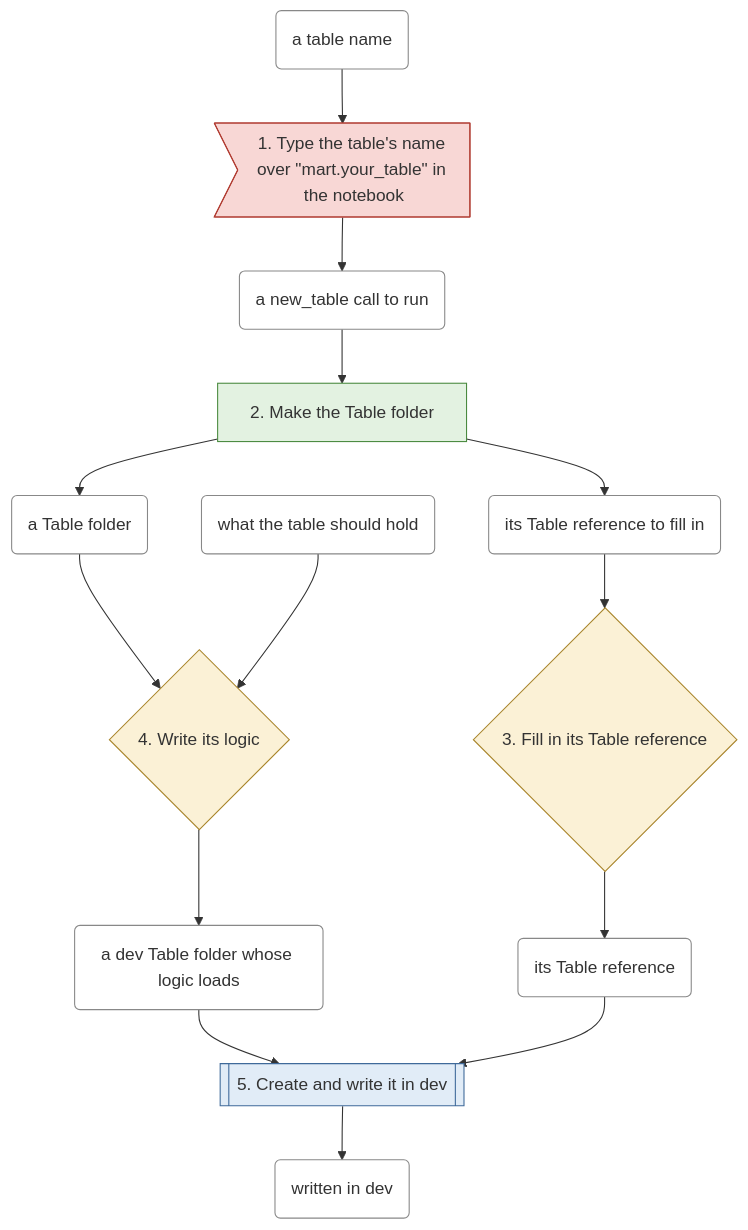
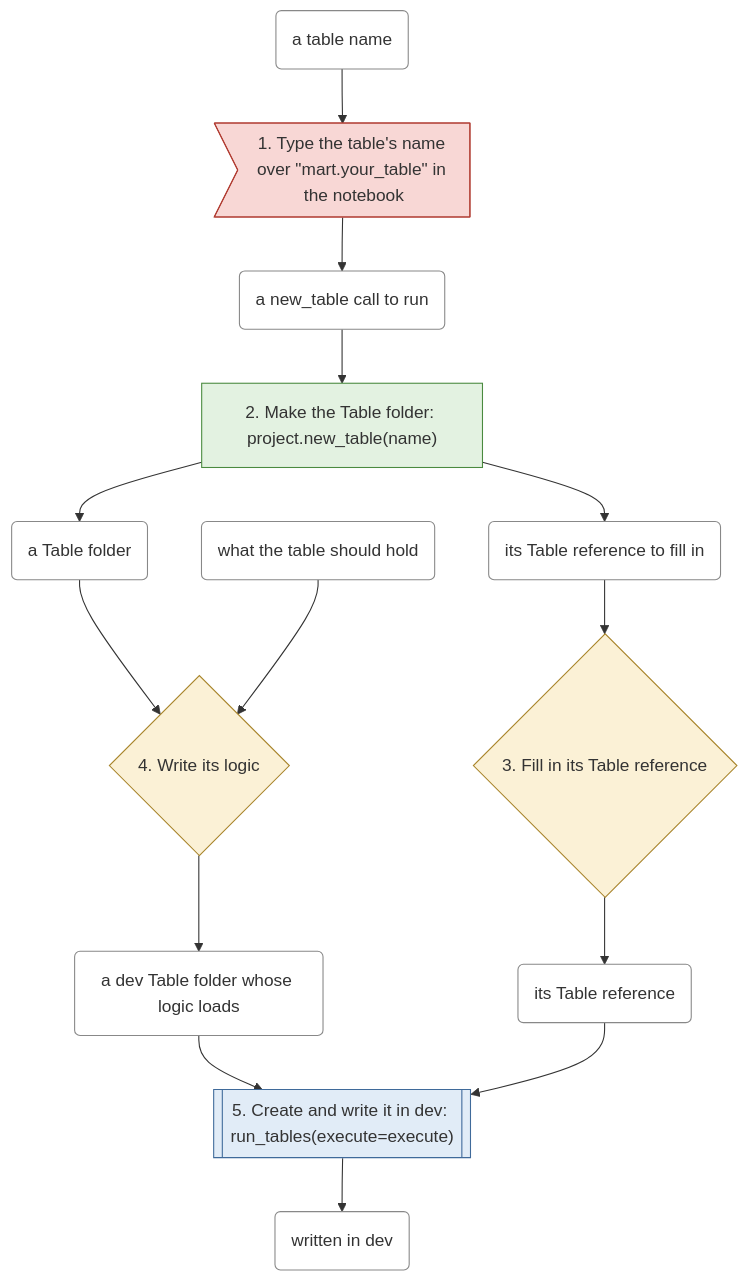
The third of 6 diagrams in docs/workflows.md (EdgyPage/SQL-Composer), drawn with Mermaid before and after one commit. The commit also changed other lines of this file and 8 other files, not shown here.

````diff
--- a/docs/workflows.md
+++ b/docs/workflows.md
@@ -191,47 +220,47 @@
 ```mermaid
 flowchart TD
     s0>"1. Type the table's name over #quot;mart.your_table#quot; in the notebook"]
     class s0 fiddling
     t0 --> s0
     s0 --> t1
-    s1["2. Make the Table folder"]
+    s1["2. Make the Table folder: project.new_table(name)"]
     class s1 file
     t1 --> s1
     s1 --> t2
     s1 --> t3
     s2{"3. Fill in its Table reference"}
     class s2 decision
     t3 --> s2
     s2 --> t4
     s3{"4. Write its logic"}
     class s3 decision
     t2 --> s3
     t5 --> s3
     s3 --> t6
-    s4[["5. Create and write it in dev"]]
+    s4[["5. Create and write it in dev: run_tables(execute=execute)"]]
     class s4 permission
     t6 --> s4
     t4 --> s4
     s4 --> t7
     t0("a table name")
     class t0 thing
     t1("a new_table call to run")
     class t1 thing
     t2("a Table folder")
     class t2 thing
     t3("its Table reference to fill in")
     class t3 thing
     t4("its Table reference")
     class t4 thing
     t5("what the table should hold")
     class t5 thing
     t6("a dev Table folder whose logic loads")
     class t6 thing
     t7("written in dev")
     class t7 thing
     classDef file fill:#e3f2e1,stroke:#4a8a3f
     classDef permission fill:#e1ecf7,stroke:#3f6a9a
     classDef decision fill:#fbf1d6,stroke:#a8842a
     classDef fiddling fill:#f8d7d5,stroke:#b03a30
     classDef thing fill:#ffffff,stroke:#888888
 ```
````
